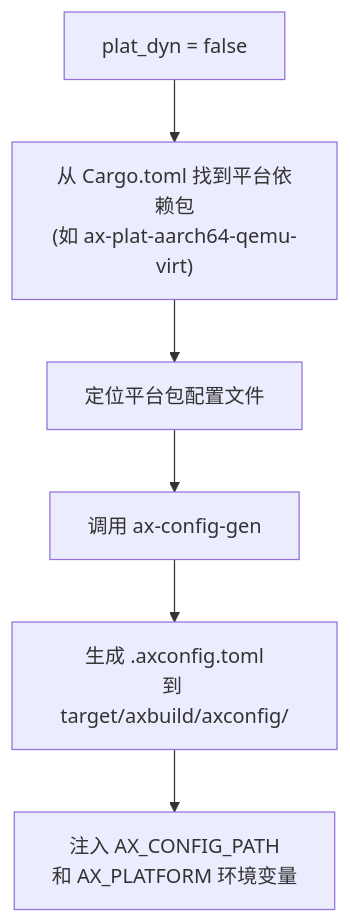
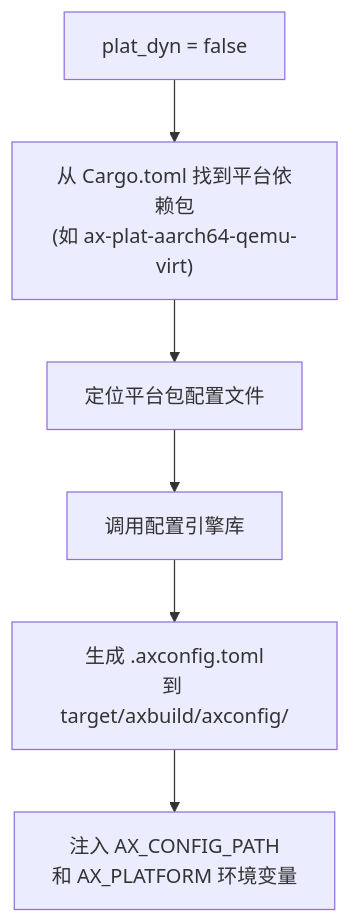
The fifth of 5 diagrams in docs/docs/build/build.md (rcore-os/tgoskits), drawn with Mermaid before and after one commit. The commit also changed other lines of this file and 48 other files, not shown here.

````diff
--- a/docs/docs/build/build.md
+++ b/docs/docs/build/build.md
@@ -123,8 +123,8 @@
 ```mermaid
 flowchart TD
     A["plat_dyn = false"] --> B["从 Cargo.toml 找到平台依赖包<br/>(如 ax-plat-aarch64-qemu-virt)"]
     B --> C["定位平台包配置文件"]
-    C --> D["调用 ax-config-gen"]
+    C --> D["调用配置引擎库"]
     D --> E["生成 .axconfig.toml<br/>到 target/axbuild/axconfig/"]
     E --> F["注入 AX_CONFIG_PATH<br/>和 AX_PLATFORM 环境变量"]
 ```
````
